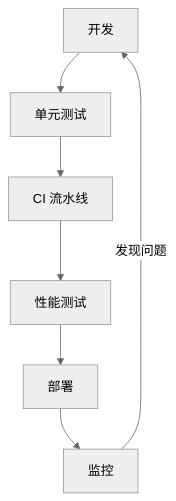
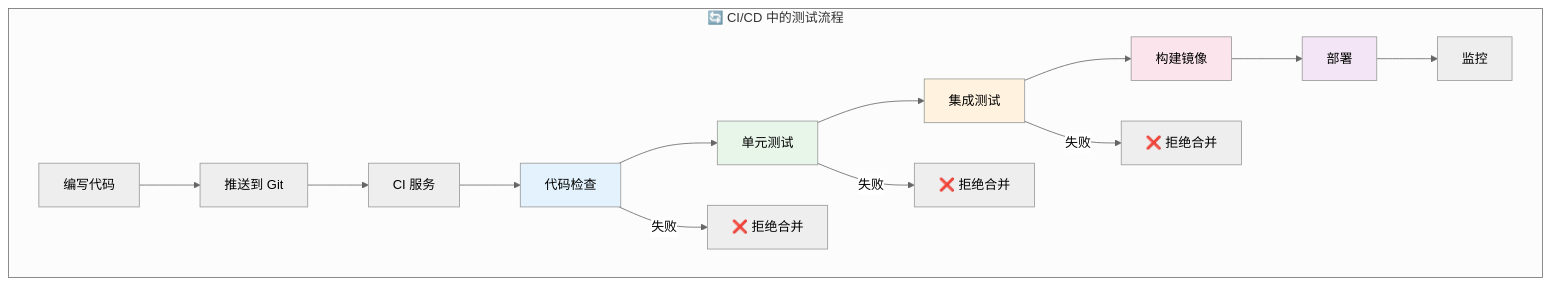
Before and after one commit to zhangshichuan/maxzhang.site: diagram 13 of 14 in articles/zh/nodejs-unit-performance-testing-guide.mdx, drawn with Mermaid (neutral theme). The commit also changed other lines of this file and 1 other file, not shown here.

Commit message:
docs: nodejs-unit-performance-testing-guide

````diff
--- a/articles/zh/nodejs-unit-performance-testing-guide.mdx
+++ b/articles/zh/nodejs-unit-performance-testing-guide.mdx
@@ -466,9 +1425,23 @@
 ```mermaid
 flowchart TD
-    Dev[开发] --> UT[单元测试]
-    UT --> CI[CI 流水线]
-    CI --> Perf[性能测试]
-    Perf --> Deploy[部署]
-    Deploy --> Monitor[监控]
-    Monitor -->|发现问题| Dev
+    subgraph CI流程["🔄 CI/CD 中的测试流程"]
+        Code[编写代码] --> Push[推送到 Git]
+        Push --> CI[CI 服务]
+        CI --> Lint[代码检查]
+        Lint --> UnitTest[单元测试]
+        UnitTest --> IntegrationTest[集成测试]
+        IntegrationTest --> Build[构建镜像]
+        Build --> Deploy[部署]
+        Deploy --> Monitor[监控]
+
+        Lint -->|失败| Reject1[❌ 拒绝合并]
+        UnitTest -->|失败| Reject2[❌ 拒绝合并]
+        IntegrationTest -->|失败| Reject3[❌ 拒绝合并]
+    end
+
+    style Lint fill:#e3f2fd
+    style UnitTest fill:#e8f5e9
+    style IntegrationTest fill:#fff3e0
+    style Build fill:#fce4ec
+    style Deploy fill:#f3e5f5
 ```
````
